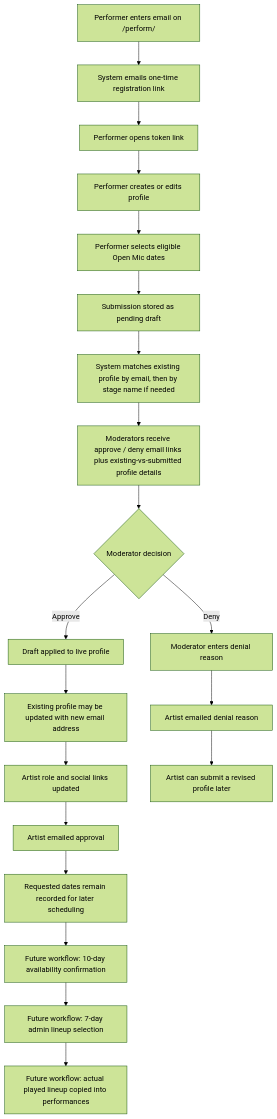
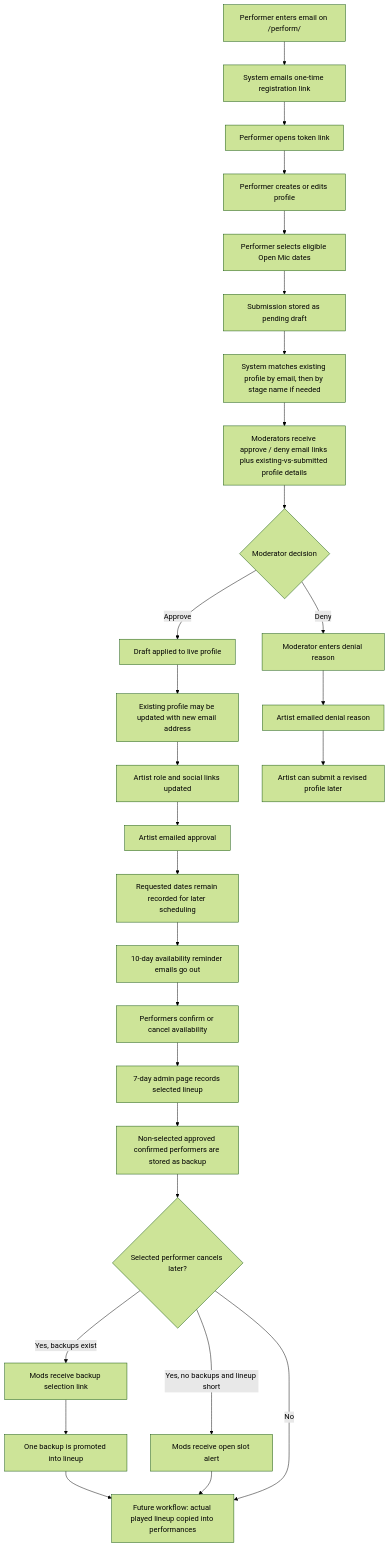
The second of 4 diagrams in PERFORMER_WORKFLOW_FLOW.md (emom-sydney/website), drawn with Mermaid (forest theme) before and after one commit. The commit also changed other lines of this file and 11 other files, not shown here.

````diff
--- a/PERFORMER_WORKFLOW_FLOW.md
+++ b/PERFORMER_WORKFLOW_FLOW.md
@@ -73,24 +127,32 @@
 ```mermaid
 flowchart TD
     A[Performer enters email on /perform/] --> B[System emails one-time registration link]
     B --> C[Performer opens token link]
     C --> D[Performer creates or edits profile]
     D --> E[Performer selects eligible Open Mic dates]
     E --> F[Submission stored as pending draft]
     F --> G[System matches existing profile by email, then by stage name if needed]
     G --> H[Moderators receive approve / deny email links plus existing-vs-submitted profile details]
     H --> I{Moderator decision}
     I -- Approve --> J[Draft applied to live profile]
     J --> K[Existing profile may be updated with new email address]
     K --> L[Artist role and social links updated]
     L --> M[Artist emailed approval]
     I -- Deny --> N[Moderator enters denial reason]
     N --> O[Artist emailed denial reason]
 
     M --> P[Requested dates remain recorded for later scheduling]
     O --> Q[Artist can submit a revised profile later]
 
-    P --> R[Future workflow: 10-day availability confirmation]
-    R --> S[Future workflow: 7-day admin lineup selection]
-    S --> T[Future workflow: actual played lineup copied into performances]
+    P --> R[10-day availability reminder emails go out]
+    R --> S[Performers confirm or cancel availability]
+    S --> T[7-day admin page records selected lineup]
+    T --> U[Non-selected approved confirmed performers are stored as backup]
+    U --> V{Selected performer cancels later?}
+    V -- Yes, backups exist --> W[Mods receive backup selection link]
+    W --> X[One backup is promoted into lineup]
+    V -- Yes, no backups and lineup short --> Y[Mods receive open slot alert]
+    X --> Z[Future workflow: actual played lineup copied into performances]
+    Y --> Z
+    V -- No --> Z
 ```
````
